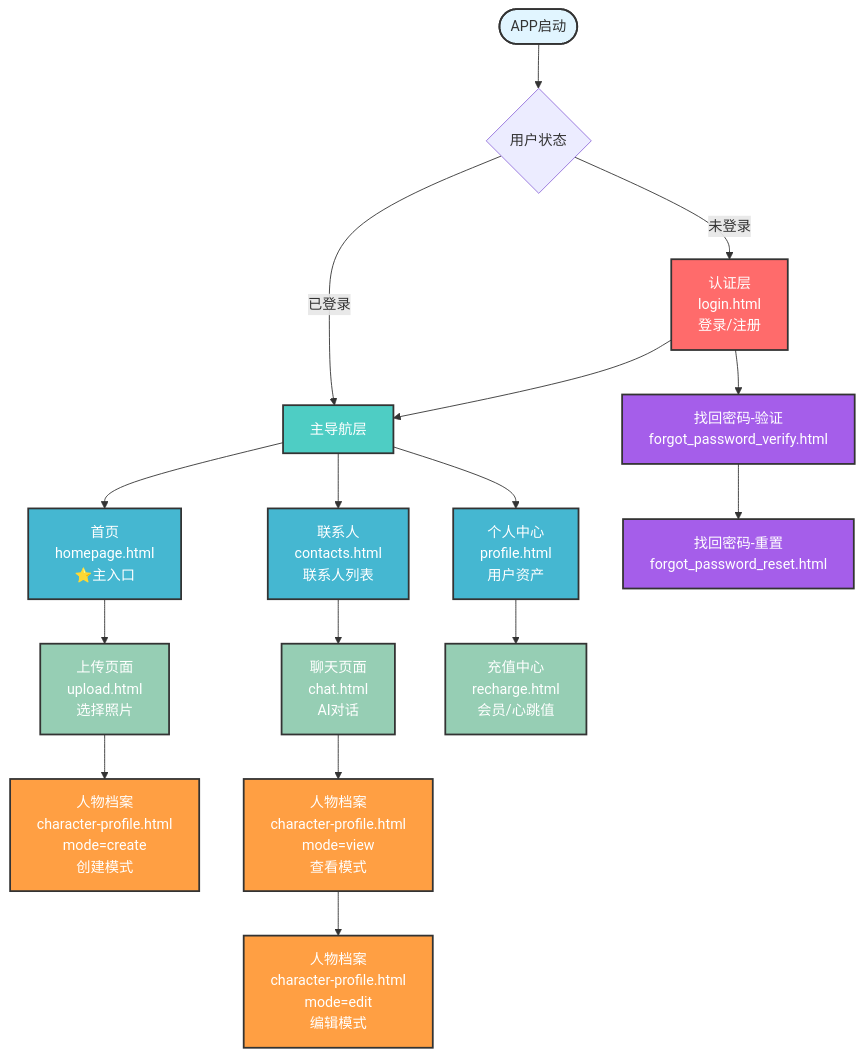
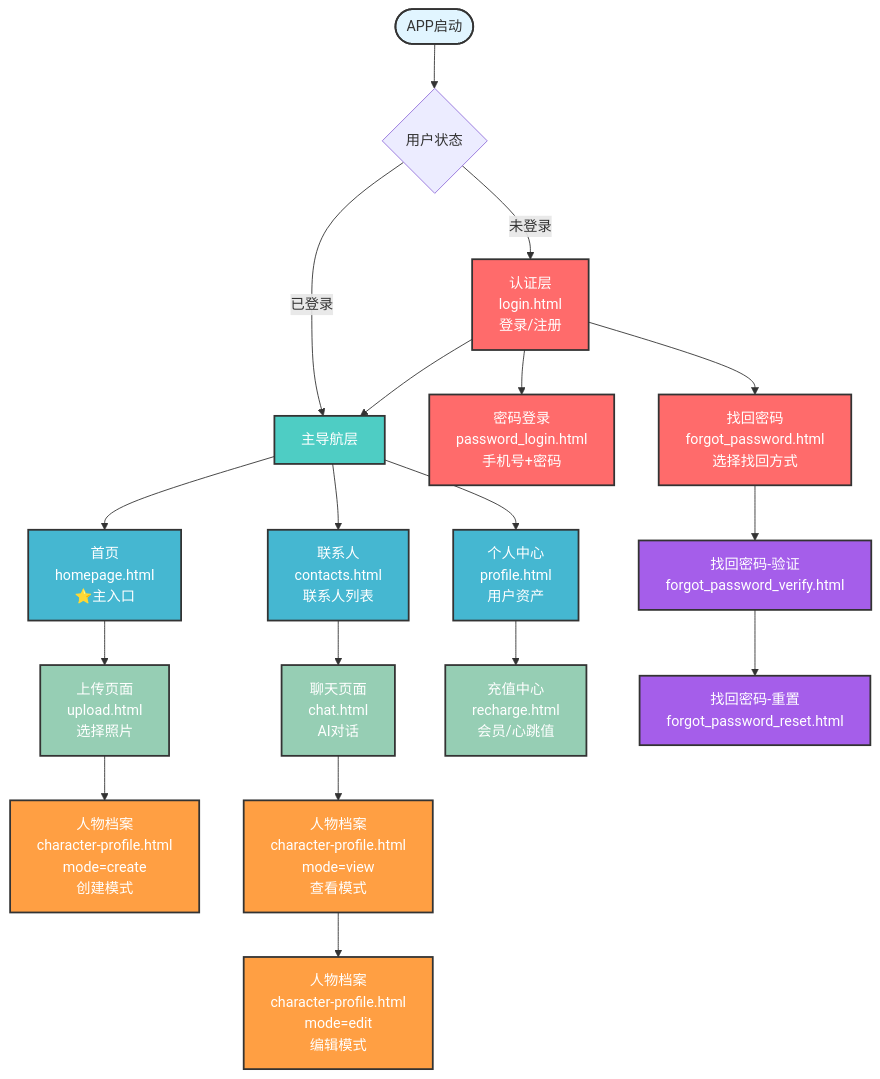
The diagram in MVP页面层级图.md (Cynthiafu9508/Yunyang), drawn with Mermaid before and after one commit. The commit also changed other lines of this file, not shown here.

First line of the commit message:
fix: 补充缺失的2个HTML页面到页面层级图

````diff
--- a/MVP页面层级图.md
+++ b/MVP页面层级图.md
@@ -12,40 +12,44 @@
 ```mermaid
 graph TD
     Start([APP启动]) --> Auth{用户状态}
     
     Auth -->|未登录| Login[认证层<br/>login.html<br/>登录/注册]
     Auth -->|已登录| MainNav[主导航层]
     
     Login --> MainNav
     
     MainNav --> Tab1[首页<br/>homepage.html<br/>⭐主入口]
     MainNav --> Tab2[联系人<br/>contacts.html<br/>联系人列表]
     MainNav --> Tab3[个人中心<br/>profile.html<br/>用户资产]
     
     Tab1 --> Upload[上传页面<br/>upload.html<br/>选择照片]
     Upload --> CharCreate[人物档案<br/>character-profile.html<br/>mode=create<br/>创建模式]
     
     Tab2 --> Chat[聊天页面<br/>chat.html<br/>AI对话]
     Chat --> CharView[人物档案<br/>character-profile.html<br/>mode=view<br/>查看模式]
     CharView --> CharEdit[人物档案<br/>character-profile.html<br/>mode=edit<br/>编辑模式]
     
     Tab3 --> Recharge[充值中心<br/>recharge.html<br/>会员/心跳值]
     
-    Login --> Forgot1[找回密码-验证<br/>forgot_password_verify.html]
+    Login --> PasswordLogin[密码登录<br/>password_login.html<br/>手机号+密码]
+    Login --> ForgotMain[找回密码<br/>forgot_password.html<br/>选择找回方式]
+    ForgotMain --> Forgot1[找回密码-验证<br/>forgot_password_verify.html]
     Forgot1 --> Forgot2[找回密码-重置<br/>forgot_password_reset.html]
     
     style Start fill:#e1f5ff,stroke:#333,stroke-width:2px
     style Login fill:#ff6b6b,stroke:#333,stroke-width:2px,color:#fff
     style MainNav fill:#4ecdc4,stroke:#333,stroke-width:2px,color:#fff
     style Tab1 fill:#45b7d1,stroke:#333,stroke-width:2px,color:#fff
     style Tab2 fill:#45b7d1,stroke:#333,stroke-width:2px,color:#fff
     style Tab3 fill:#45b7d1,stroke:#333,stroke-width:2px,color:#fff
     style Upload fill:#96ceb4,stroke:#333,stroke-width:2px,color:#fff
     style Chat fill:#96ceb4,stroke:#333,stroke-width:2px,color:#fff
     style Recharge fill:#96ceb4,stroke:#333,stroke-width:2px,color:#fff
     style CharCreate fill:#ff9f43,stroke:#333,stroke-width:2px,color:#fff
     style CharView fill:#ff9f43,stroke:#333,stroke-width:2px,color:#fff
     style CharEdit fill:#ff9f43,stroke:#333,stroke-width:2px,color:#fff
+    style PasswordLogin fill:#ff6b6b,stroke:#333,stroke-width:2px,color:#fff
+    style ForgotMain fill:#ff6b6b,stroke:#333,stroke-width:2px,color:#fff
     style Forgot1 fill:#a55eea,stroke:#333,stroke-width:2px,color:#fff
     style Forgot2 fill:#a55eea,stroke:#333,stroke-width:2px,color:#fff
 ```
````
